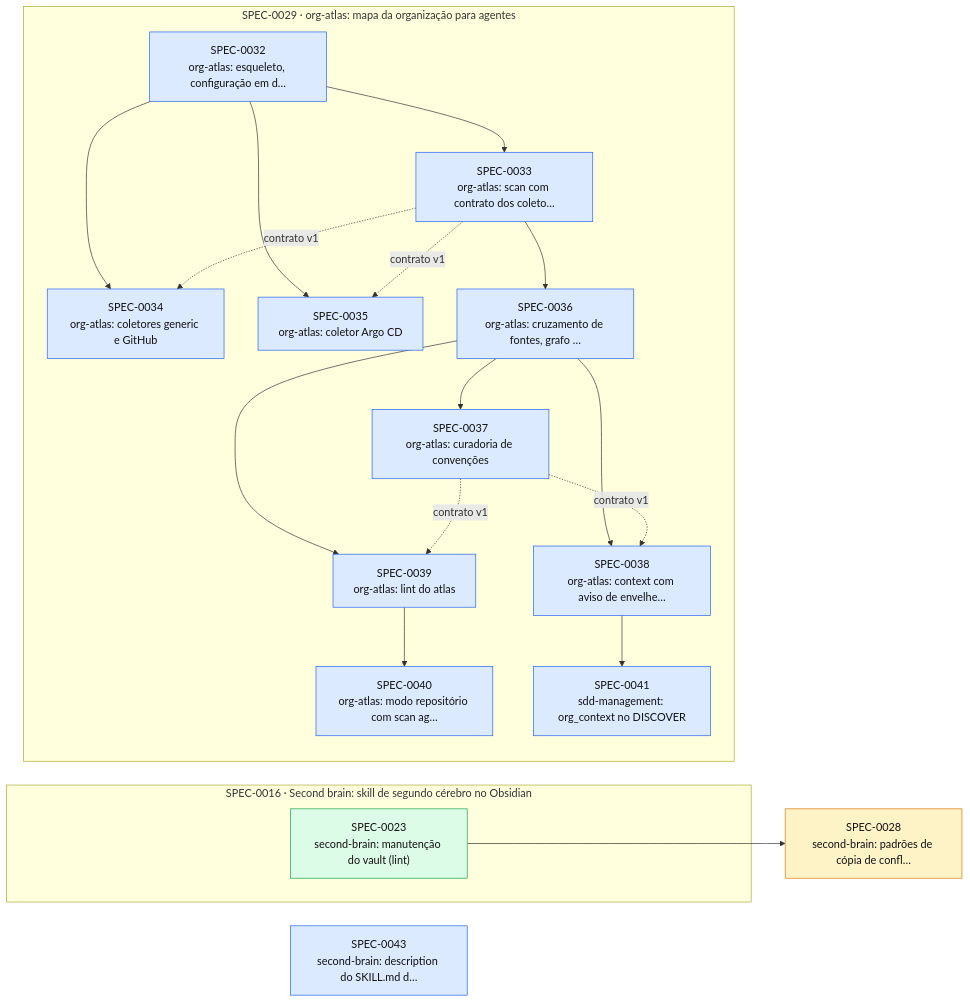
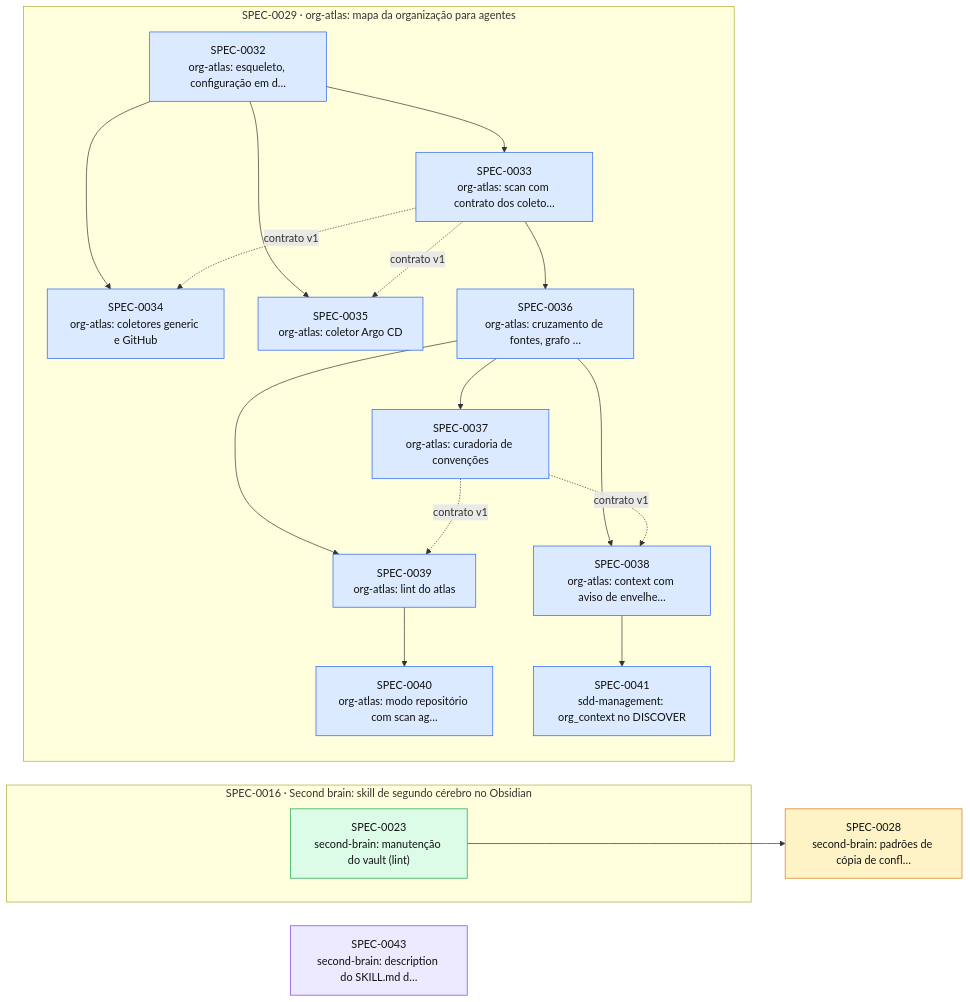
Before and after one commit to thomasravache/ai-dev-brain: the diagram in docs/specs/INDEX.md, drawn with Mermaid. The commit also changed other lines of this file and 1 other file, not shown here.

First line of the commit message:
docs(specs): G4 da SPEC-0043

````diff
--- a/docs/specs/INDEX.md
+++ b/docs/specs/INDEX.md
@@ -59,39 +59,39 @@
 ```mermaid
 flowchart LR
   S0028["SPEC-0028<br/>second-brain: padrões de cópia de confl…"]:::proposed
-  S0043["SPEC-0043<br/>second-brain: description do SKILL.md d…"]:::approved
+  S0043["SPEC-0043<br/>second-brain: description do SKILL.md d…"]:::inprogress
   subgraph E0016["SPEC-0016 · Second brain: skill de segundo cérebro no Obsidian"]
     S0023["SPEC-0023<br/>second-brain: manutenção do vault (lint)"]:::implemented
   end
   subgraph E0029["SPEC-0029 · org-atlas: mapa da organização para agentes"]
     S0032["SPEC-0032<br/>org-atlas: esqueleto, configuração em d…"]:::approved
     S0033["SPEC-0033<br/>org-atlas: scan com contrato dos coleto…"]:::approved
     S0034["SPEC-0034<br/>org-atlas: coletores generic e GitHub"]:::approved
     S0035["SPEC-0035<br/>org-atlas: coletor Argo CD"]:::approved
     S0036["SPEC-0036<br/>org-atlas: cruzamento de fontes, grafo …"]:::approved
     S0037["SPEC-0037<br/>org-atlas: curadoria de convenções"]:::approved
     S0038["SPEC-0038<br/>org-atlas: context com aviso de envelhe…"]:::approved
     S0039["SPEC-0039<br/>org-atlas: lint do atlas"]:::approved
     S0040["SPEC-0040<br/>org-atlas: modo repositório com scan ag…"]:::approved
     S0041["SPEC-0041<br/>sdd-management: org_context no DISCOVER"]:::approved
   end
   S0023 --> S0028
   S0032 --> S0033
   S0032 --> S0034
   S0033 -. contrato v1 .-> S0034
   S0032 --> S0035
   S0033 -. contrato v1 .-> S0035
   S0033 --> S0036
   S0036 --> S0037
   S0036 --> S0038
   S0037 -. contrato v1 .-> S0038
   S0036 --> S0039
   S0037 -. contrato v1 .-> S0039
   S0039 --> S0040
   S0038 --> S0041
   classDef proposed fill:#fef3c7,stroke:#d97706,color:#111
   classDef approved fill:#dbeafe,stroke:#2563eb,color:#111
   classDef inprogress fill:#ede9fe,stroke:#7c3aed,color:#111
   classDef implemented fill:#dcfce7,stroke:#16a34a,color:#111
   classDef deprecated fill:#f3f4f6,stroke:#9ca3af,color:#6b7280
 ```
````
